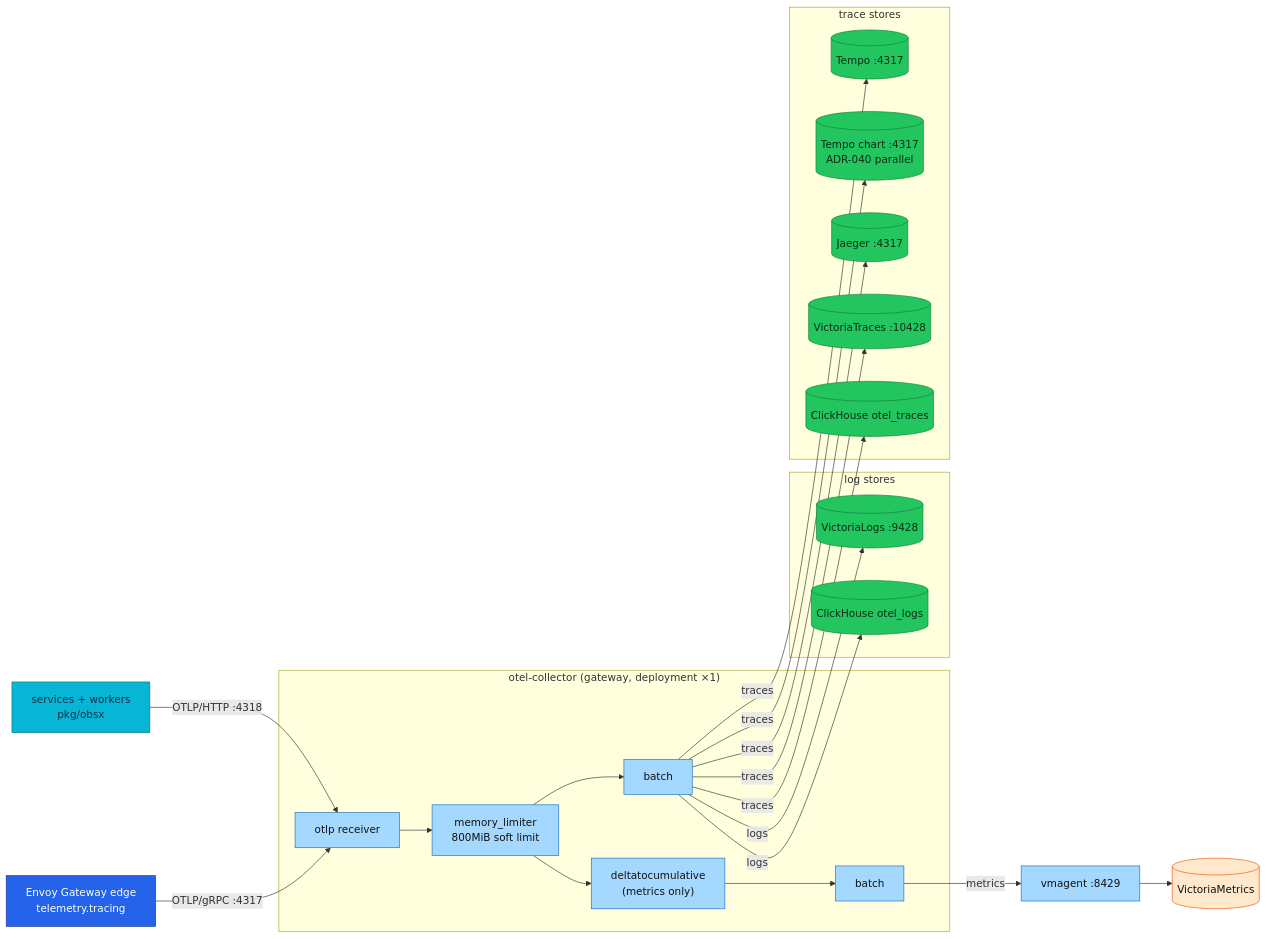
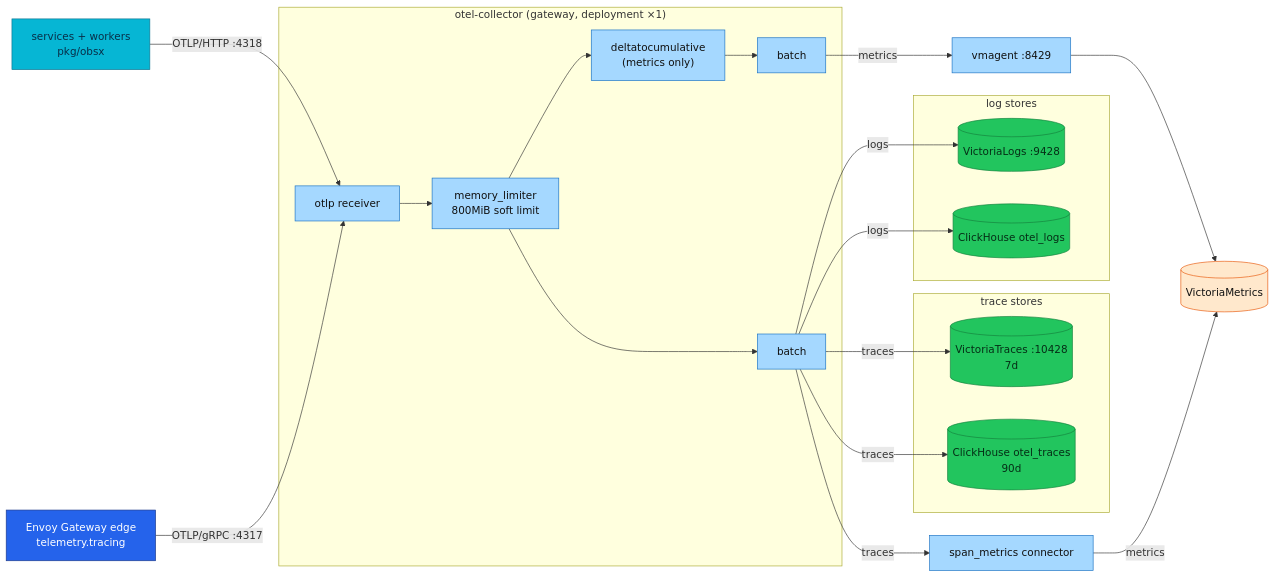
One commit to duynhlab/homelab changed the diagram in docs/observability/opentelemetry/collector.md. Above: the diagram before and after it, drawn with Mermaid. The commit also changed other lines of this file and 57 other files, not shown here.

````diff
--- a/docs/observability/opentelemetry/collector.md
+++ b/docs/observability/opentelemetry/collector.md
@@ -55,44 +55,41 @@
 ```mermaid
 flowchart LR
     APPS["services + workers<br/>pkg/obsx"] -->|"OTLP/HTTP :4318"| RCV
     EDGE["Envoy Gateway edge<br/>telemetry.tracing"] -->|"OTLP/gRPC :4317"| RCV
 
     subgraph COLLECTOR["otel-collector (gateway, deployment ×1)"]
         RCV["otlp receiver"] --> ML["memory_limiter<br/>800MiB soft limit"]
         ML --> D2C["deltatocumulative<br/>(metrics only)"] --> BM["batch"]
         ML --> BT["batch"]
     end
 
     BM -->|"metrics"| VMA["vmagent :8429"] --> VM[("VictoriaMetrics")]
 
     subgraph LOGSTORES["log stores"]
         VL[("VictoriaLogs :9428")]
         CHL[("ClickHouse otel_logs")]
     end
     subgraph TRACESTORES["trace stores"]
-        TEMPO[("Tempo :4317")]
-        TEMPOC[("Tempo chart :4317<br/>ADR-040 parallel")]
-        JAE[("Jaeger :4317")]
-        VT[("VictoriaTraces :10428")]
-        CHT[("ClickHouse otel_traces")]
+        VT[("VictoriaTraces :10428<br/>7d")]
+        CHT[("ClickHouse otel_traces<br/>90d")]
     end
+    SM["span_metrics connector"]
 
     BT -->|"logs"| VL
     BT -->|"logs"| CHL
-    BT -->|"traces"| TEMPO
-    BT -->|"traces"| TEMPOC
-    BT -->|"traces"| JAE
     BT -->|"traces"| VT
     BT -->|"traces"| CHT
+    BT -->|"traces"| SM
+    SM -->|"metrics"| VM
 
     classDef service fill:#06b6d4,color:#082f49,stroke:#0e7490;
     classDef edge fill:#2563eb,color:#fff,stroke:#1e3a8a;
     classDef collector fill:#a5d8ff,color:#111,stroke:#1971c2;
     classDef metric fill:#ffe8cc,color:#111,stroke:#e8590c;
     classDef data fill:#22c55e,color:#052e16,stroke:#15803d;
     class APPS service;
     class EDGE edge;
-    class RCV,ML,D2C,BM,BT,VMA collector;
+    class RCV,ML,D2C,BM,BT,VMA,SM collector;
     class VM metric;
-    class VL,CHL,TEMPO,TEMPOC,JAE,VT,CHT data;
+    class VL,CHL,VT,CHT data;
 ```
````
